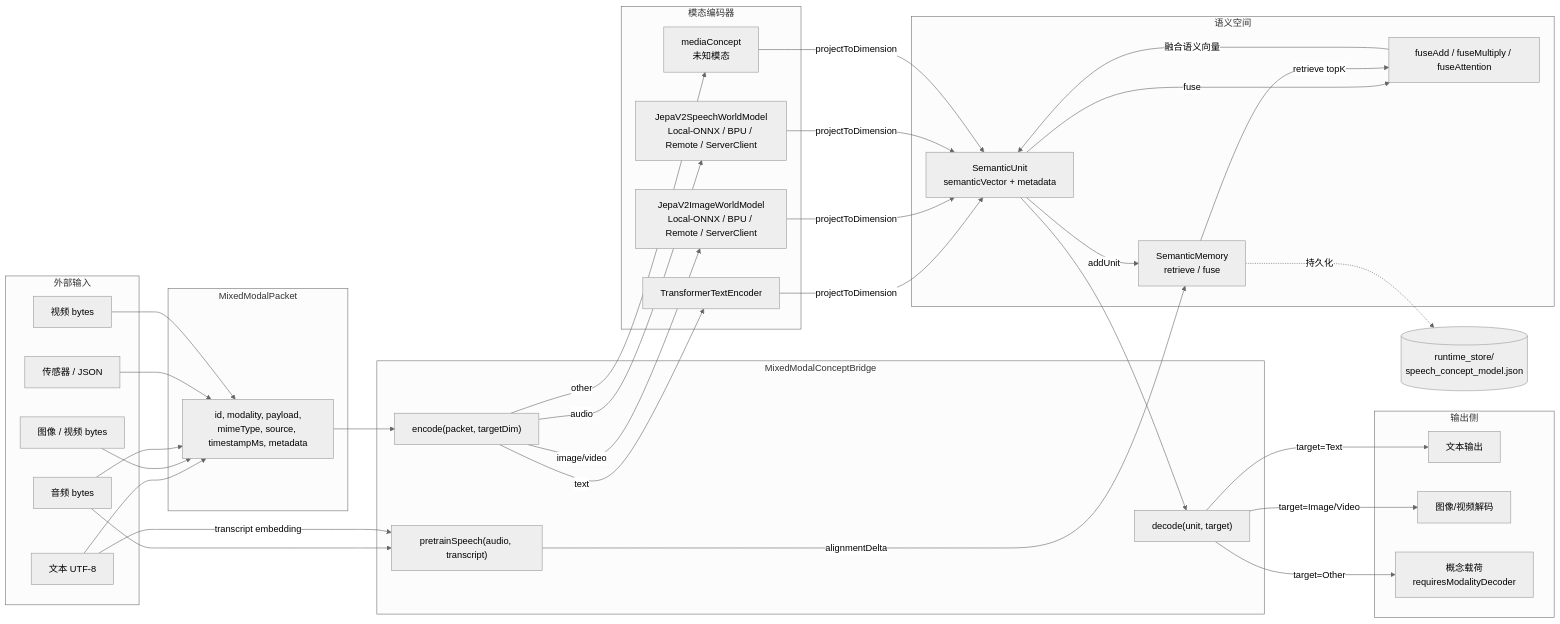
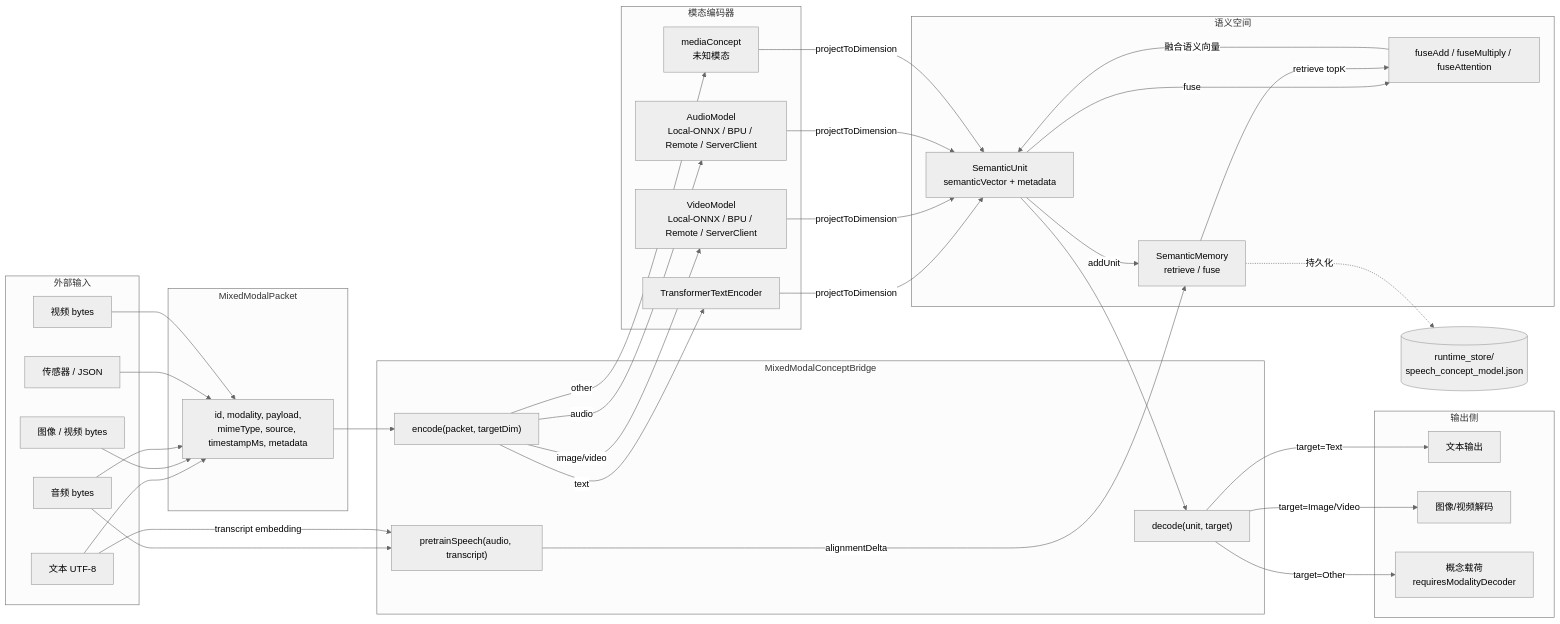
One commit to mumu2009/phoenix changed the ninth of 20 diagrams in doc/v7.0/workflow.md. Above: the diagram before and after it, drawn with Mermaid (neutral theme). The commit also changed other lines of this file and 57 other files, not shown here.

````diff
--- a/doc/v7.0/workflow.md
+++ b/doc/v7.0/workflow.md
@@ -546,72 +546,72 @@
 ```mermaid
 flowchart LR
     subgraph IN["外部输入"]
         TEXT["文本 UTF-8"]
         IMG_IN["图像 / 视频 bytes"]
         AUD["音频 bytes"]
         SNS["传感器 / JSON"]
         VID["视频 bytes"]
     end
 
     subgraph PACK["MixedModalPacket"]
         P["id, modality, payload,<br/>mimeType, source, timestampMs, metadata"]
     end
 
     subgraph BRIDGE["MixedModalConceptBridge"]
         ENC["encode(packet, targetDim)"]
         DEC["decode(unit, target)"]
         PRE["pretrainSpeech(audio, transcript)"]
     end
 
     subgraph ENC_LAYER["模态编码器"]
         TE["TransformerTextEncoder"]
-        JW["JepaV2ImageWorldModel<br/>Local-ONNX / BPU / Remote / ServerClient"]
-        SW["JepaV2SpeechWorldModel<br/>Local-ONNX / BPU / Remote / ServerClient"]
+        JW["VideoModel<br/>Local-ONNX / BPU / Remote / ServerClient"]
+        SW["AudioModel<br/>Local-ONNX / BPU / Remote / ServerClient"]
         MC["mediaConcept<br/>未知模态"]
     end
 
     subgraph SEM["语义空间"]
         SU["SemanticUnit<br/>semanticVector + metadata"]
         SM["SemanticMemory<br/>retrieve / fuse"]
         FUSE["fuseAdd / fuseMultiply / fuseAttention"]
     end
 
     subgraph OUT["输出侧"]
         OT["文本输出"]
         OI["图像/视频解码"]
         OO["概念载荷<br/>requiresModalityDecoder"]
     end
 
     TEXT --> P
     IMG_IN --> P
     AUD --> P
     SNS --> P
     VID --> P
 
     P --> ENC
 
     ENC -->|text| TE
     ENC -->|image/video| JW
     ENC -->|audio| SW
     ENC -->|other| MC
 
     TE -->|projectToDimension| SU
     JW -->|projectToDimension| SU
     SW -->|projectToDimension| SU
     MC -->|projectToDimension| SU
 
     SU -->|addUnit| SM
     SU -->|fuse| FUSE
     SM -->|retrieve topK| FUSE
     FUSE -->|融合语义向量| SU
 
     SU --> DEC
     DEC -->|target=Text| OT
     DEC -->|target=Image/Video| OI
     DEC -->|target=Other| OO
 
     AUD --> PRE
     TEXT -->|transcript embedding| PRE
     PRE -->|alignmentDelta| SM
     SM -.->|持久化| RS[(runtime_store/<br/>speech_concept_model.json)]
 ```
````
